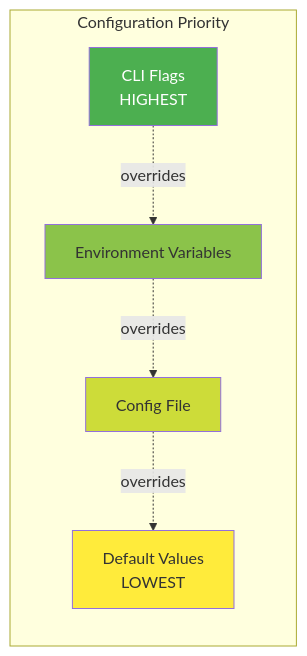
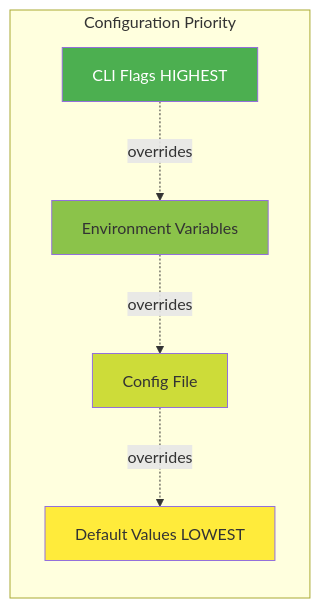
Before and after one commit to softwarewrighter/ui-test-rs: the fifth of 8 diagrams in wiki/Configuration.md, drawn with Mermaid. The commit also changed other lines of this file and 10 other files, not shown here.

First line of the commit message:
Fix wiki Mermaid diagrams: remove <br/> tags

````diff
--- a/wiki/Configuration.md
+++ b/wiki/Configuration.md
@@ -260,19 +260,19 @@
 ```mermaid
 graph TB
     subgraph Priority["Configuration Priority"]
         direction TB
-        CLI[CLI Flags<br/>HIGHEST]
+        CLI[CLI Flags HIGHEST]
         Env[Environment Variables]
         File[Config File]
-        Default[Default Values<br/>LOWEST]
+        Default[Default Values LOWEST]
     end
 
     CLI -.->|overrides| Env
     Env -.->|overrides| File
     File -.->|overrides| Default
 
     style CLI fill:#4caf50,color:#fff
     style Env fill:#8bc34a
     style File fill:#cddc39
     style Default fill:#ffeb3b
 ```
````
